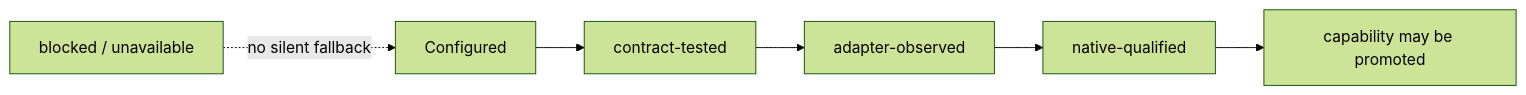
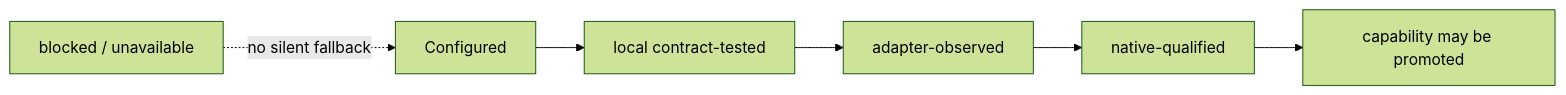
Before and after one commit to agentic-os-brasil/bcg-brasil-agentic-os: the diagram in docs/lifecycle-readiness.md, drawn with Mermaid (forest theme).

Commit message:
docs: use canonical contract readiness label

````diff
--- a/docs/lifecycle-readiness.md
+++ b/docs/lifecycle-readiness.md
@@ -28,8 +28,8 @@
 ```mermaid
 flowchart LR
-    Configured --> ContractTested["contract-tested"]
+    Configured --> ContractTested["local contract-tested"]
     ContractTested --> AdapterObserved["adapter-observed"]
     AdapterObserved --> NativeQualified["native-qualified"]
     NativeQualified --> Promote["capability may be promoted"]
     Blocked["blocked / unavailable"] -.->|no silent fallback| Configured
 ```
````
